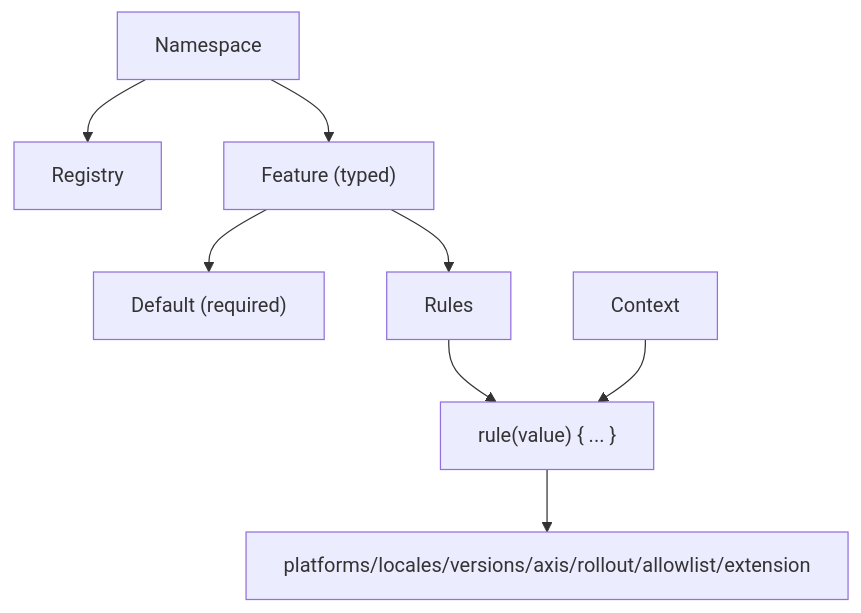
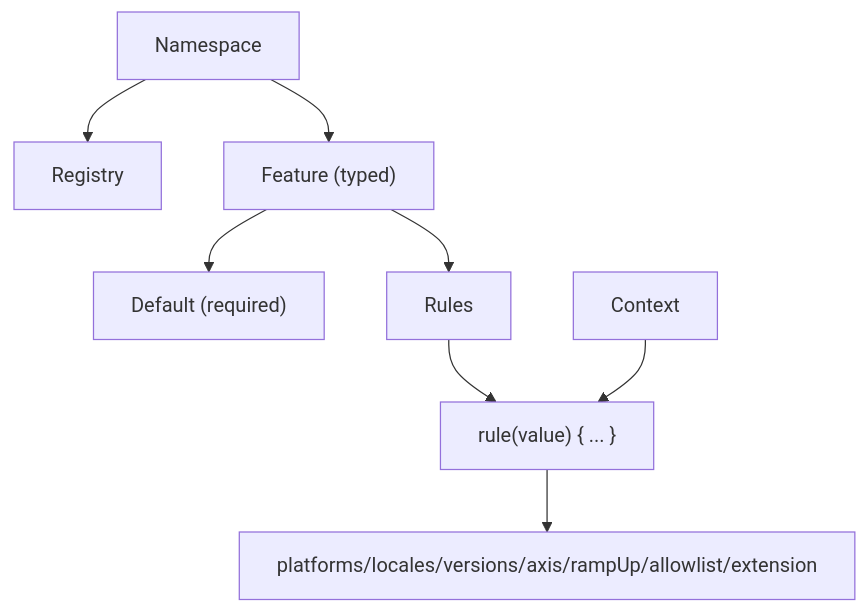
One commit to amichne/konditional changed the diagram in docusaurus/docs/03-core-concepts.md. Above: the diagram before and after it, drawn with Mermaid. The commit also changed other lines of this file and 12 other files, not shown here.

````diff
--- a/docusaurus/docs/03-core-concepts.md
+++ b/docusaurus/docs/03-core-concepts.md
@@ -6,10 +5,10 @@
 ```mermaid
 flowchart TD
     N["Namespace"] --> R["Registry"]
     N --> F["Feature (typed)"]
     F --> D["Default (required)"]
     F --> Rules["Rules"]
     Rules --> Rule["rule(value) { ... }"]
-    Rule --> Criteria["platforms/locales/versions/axis/rollout/allowlist/extension"]
+    Rule --> Criteria["platforms/locales/versions/axis/rampUp/allowlist/extension"]
     X["Context"] --> Rule
 ```
````
